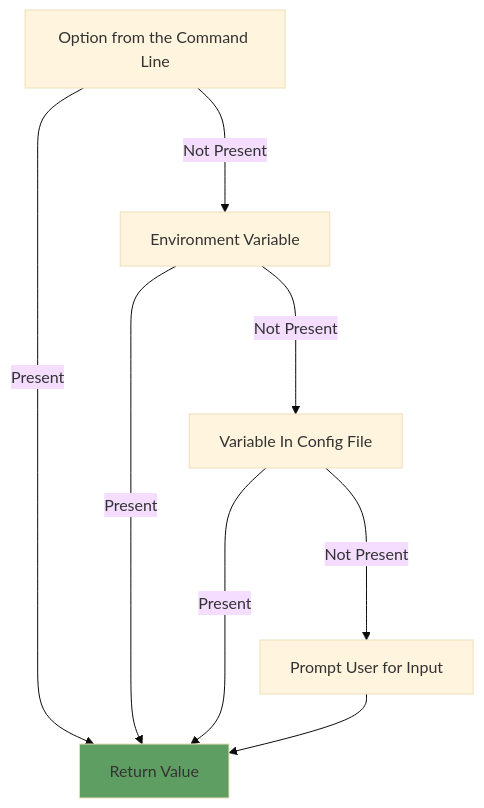
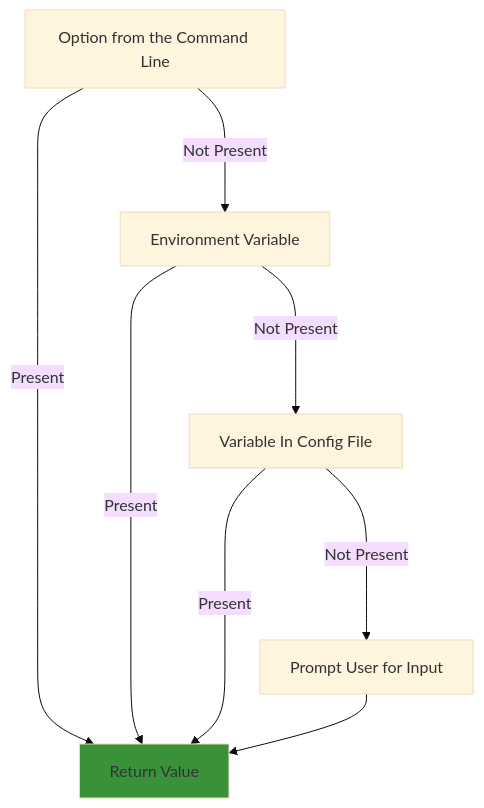
The diagram in Readme.md (aexol-studio/config-maker), drawn with Mermaid (base theme) before and after one commit.

Commit message:
Redesign Readme.md

````diff
--- a/Readme.md
+++ b/Readme.md
@@ -18,12 +18,12 @@
 ```mermaid
 flowchart TD
     A[Option from the Command Line] --Present--> R[Return Value]
     A --Not Present--->
     D[Environment Variable] --Present--> R
     D --Not Present--->
     E[Variable In Config File] --Present-->   R
     E --Not Present--->
     F[Prompt User for Input] --> R
 
-    style R fill:#5F9E63
+    style R fill:#39913A
 ```
````
